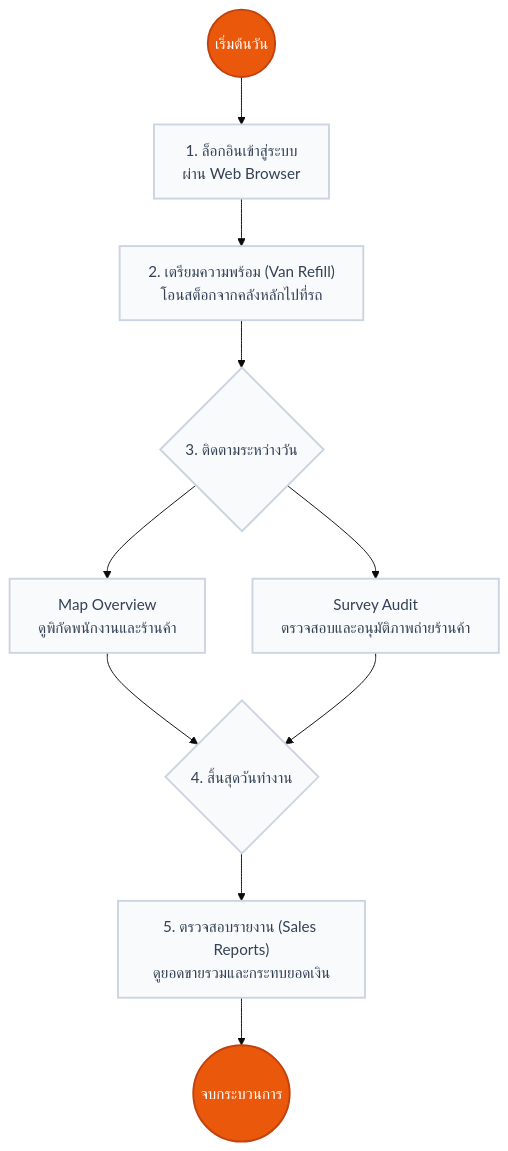
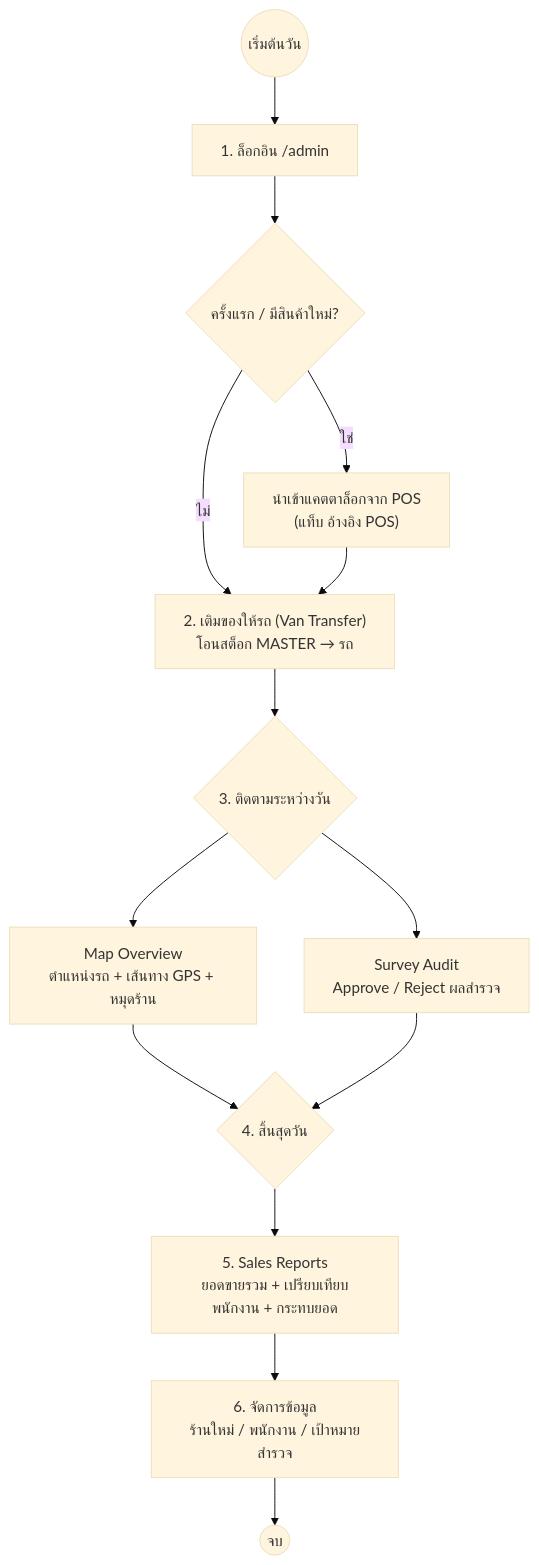
One commit to Chiraphong20/Cashvan changed the diagram in Docs/Workflow_Admin.md. Above: the diagram before and after it, drawn with Mermaid (base theme). The commit also changed other lines of this file and 21 other files, not shown here.

First line of the commit message:
docs: refresh project documentation; fix: handle GPS permission errors on driver check-in map

````diff
--- a/Docs/Workflow_Admin.md
+++ b/Docs/Workflow_Admin.md
@@ -7,22 +7,16 @@
 ```mermaid
 flowchart TD
-    Start((เริ่มต้นวัน)) --> Login["1. ล็อกอินเข้าสู่ระบบ<br/>ผ่าน Web Browser"]
-    
-    Login --> Refill["2. เตรียมความพร้อม (Van Refill)<br/>โอนสต็อกจากคลังหลักไปที่รถ"]
-    
-    Refill --> Monitoring{"3. ติดตามระหว่างวัน"}
-    
-    Monitoring --> Map["Map Overview<br/>ดูพิกัดพนักงานและร้านค้า"]
-    Monitoring --> Audit["Survey Audit<br/>ตรวจสอบและอนุมัติภาพถ่ายร้านค้า"]
-    
+    Start((เริ่มต้นวัน)) --> Login["1. ล็อกอิน /admin"]
+    Login --> Catalog{"ครั้งแรก / มีสินค้าใหม่?"}
+    Catalog -- ใช่ --> Sync["นำเข้าแคตตาล็อกจาก POS\n(แท็บ อ้างอิง POS)"]
+    Catalog -- ไม่ --> Refill
+    Sync --> Refill["2. เติมของให้รถ (Van Transfer)\nโอนสต็อก MASTER → รถ"]
+    Refill --> Monitor{"3. ติดตามระหว่างวัน"}
+    Monitor --> Map["Map Overview\nตำแหน่งรถ + เส้นทาง GPS + หมุดร้าน"]
+    Monitor --> Audit["Survey Audit\nApprove / Reject ผลสำรวจ"]
     Map --> EndDay
     Audit --> EndDay
-    
-    EndDay{"4. สิ้นสุดวันทำงาน"} --> Report["5. ตรวจสอบรายงาน (Sales Reports)<br/>ดูยอดขายรวมและกระทบยอดเงิน"]
-    Report --> Finish((จบกระบวนการ))
-    
-    classDef default fill:#f8fafc,stroke:#cbd5e1,stroke-width:2px,color:#334155;
-    classDef primary fill:#ea580c,stroke:#c2410c,stroke-width:2px,color:#fff;
-    
-    class Start,Finish primary;
+    EndDay{"4. สิ้นสุดวัน"} --> Report["5. Sales Reports\nยอดขายรวม + เปรียบเทียบพนักงาน + กระทบยอด"]
+    Report --> Manage["6. จัดการข้อมูล\nร้านใหม่ / พนักงาน / เป้าหมายสำรวจ"]
+    Manage --> Finish((จบ))
 ```
````
